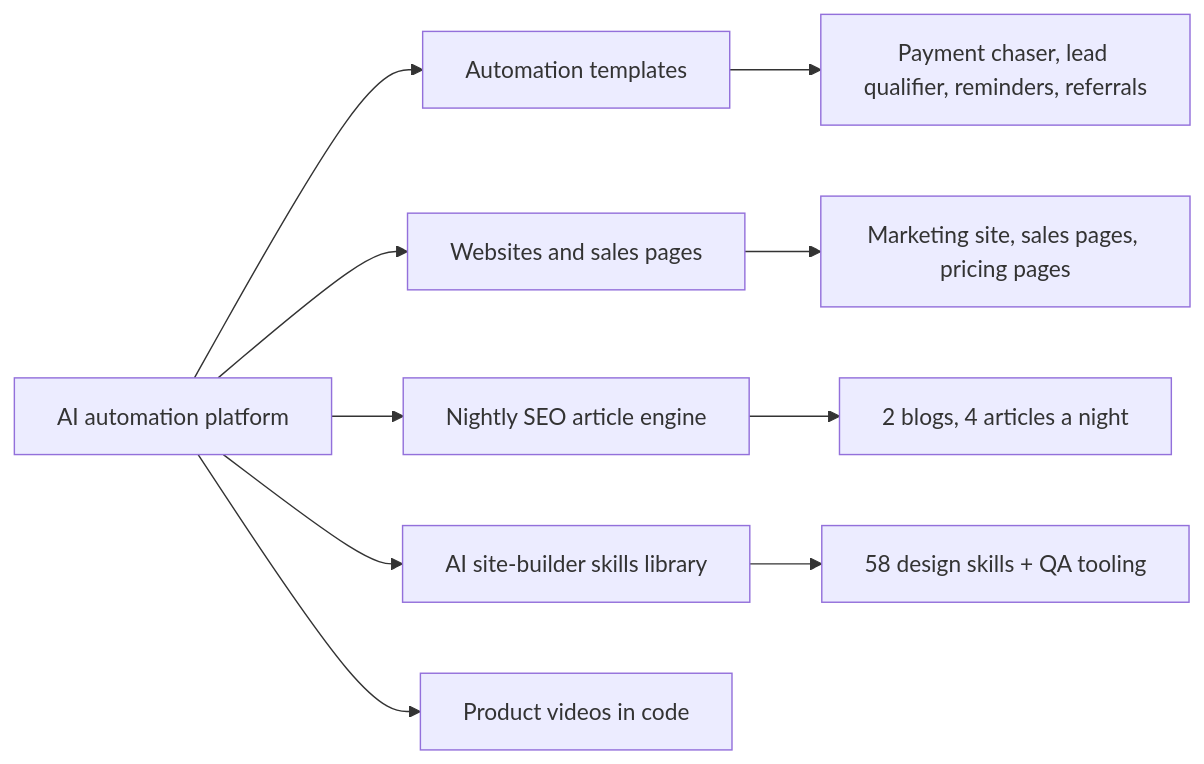
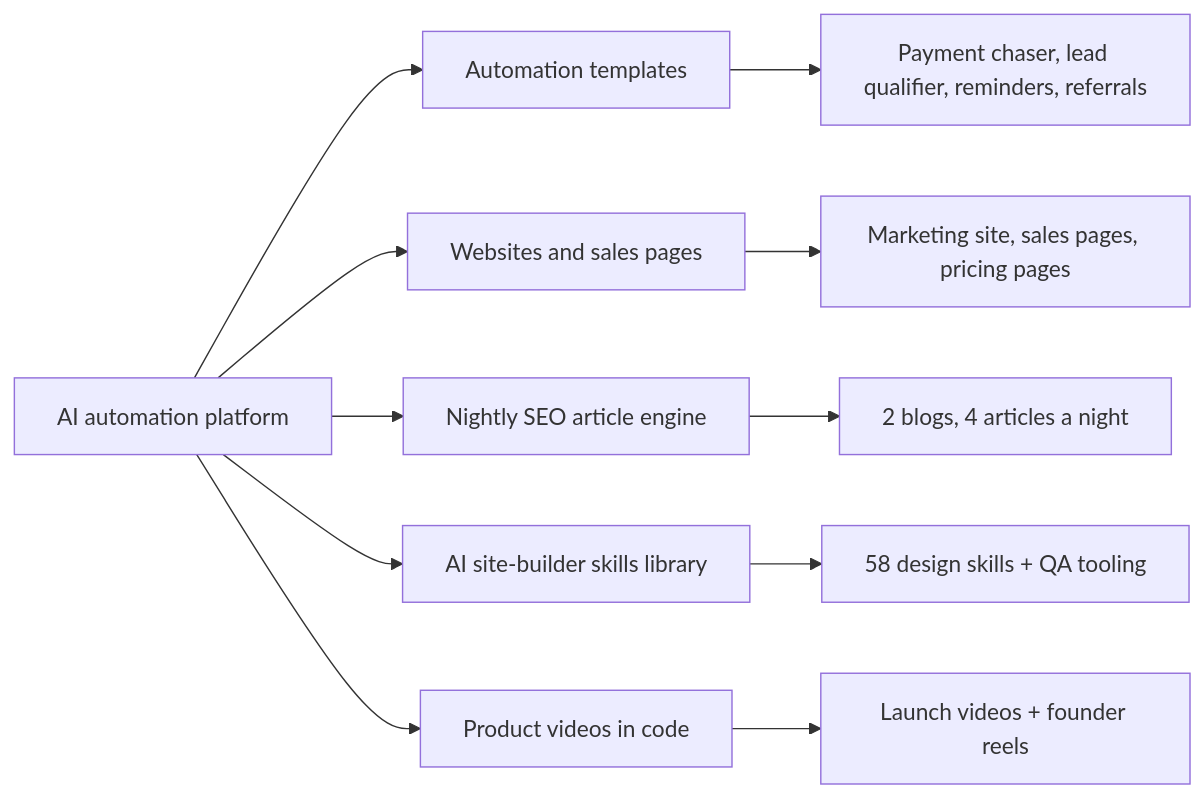
One commit to ZuriaTahir-18/AI-Automation-Platform-Engineering changed the first of 2 diagrams in README.md. Above: the diagram before and after it, drawn with Mermaid. The commit also changed other lines of this file, not shown here.

Commit message:
Add founder reels and video work to section 5

````diff
--- a/README.md
+++ b/README.md
@@ -21,12 +21,13 @@
 ```mermaid
 flowchart LR
     P[AI automation platform] --> T[Automation templates]
     P --> W[Websites and sales pages]
     P --> B[Nightly SEO article engine]
     P --> S[AI site-builder skills library]
     P --> V[Product videos in code]
     T --> T1[Payment chaser, lead qualifier, reminders, referrals]
     W --> W1[Marketing site, sales pages, pricing pages]
     B --> B1[2 blogs, 4 articles a night]
     S --> S1[58 design skills + QA tooling]
+    V --> V1[Launch videos + founder reels]
 ```
````
